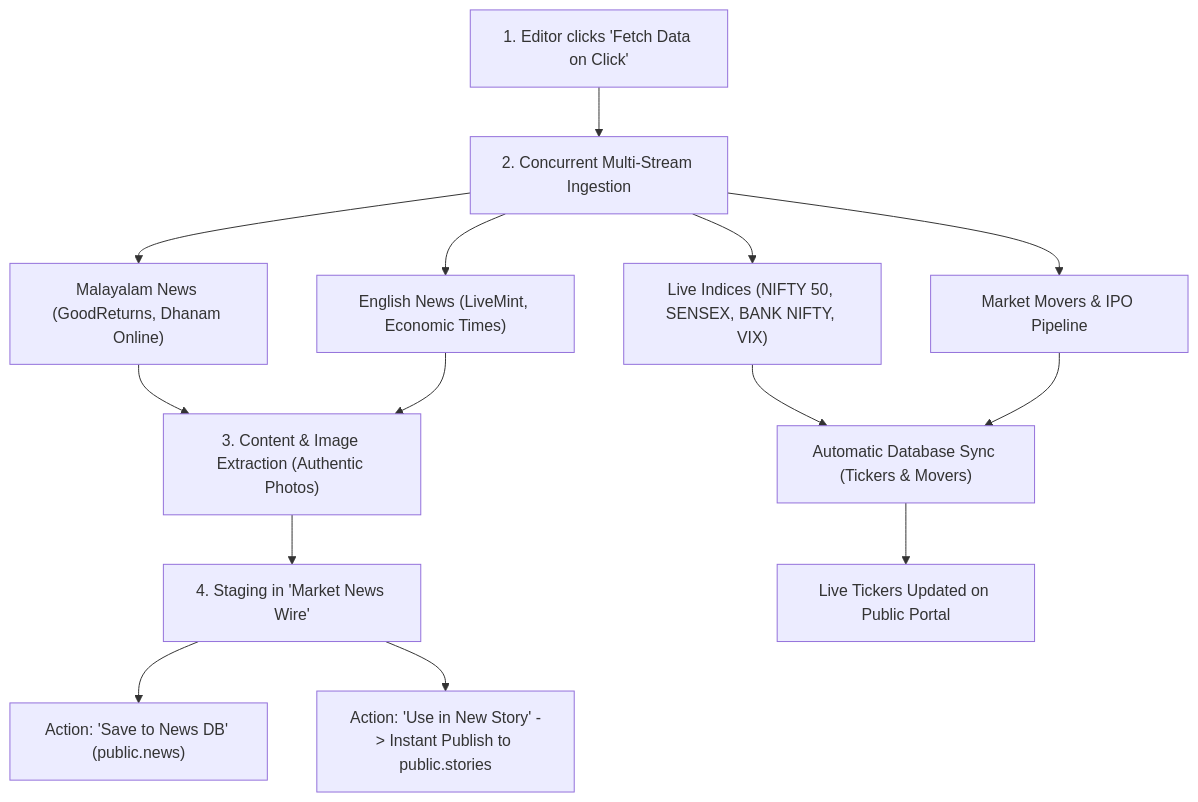
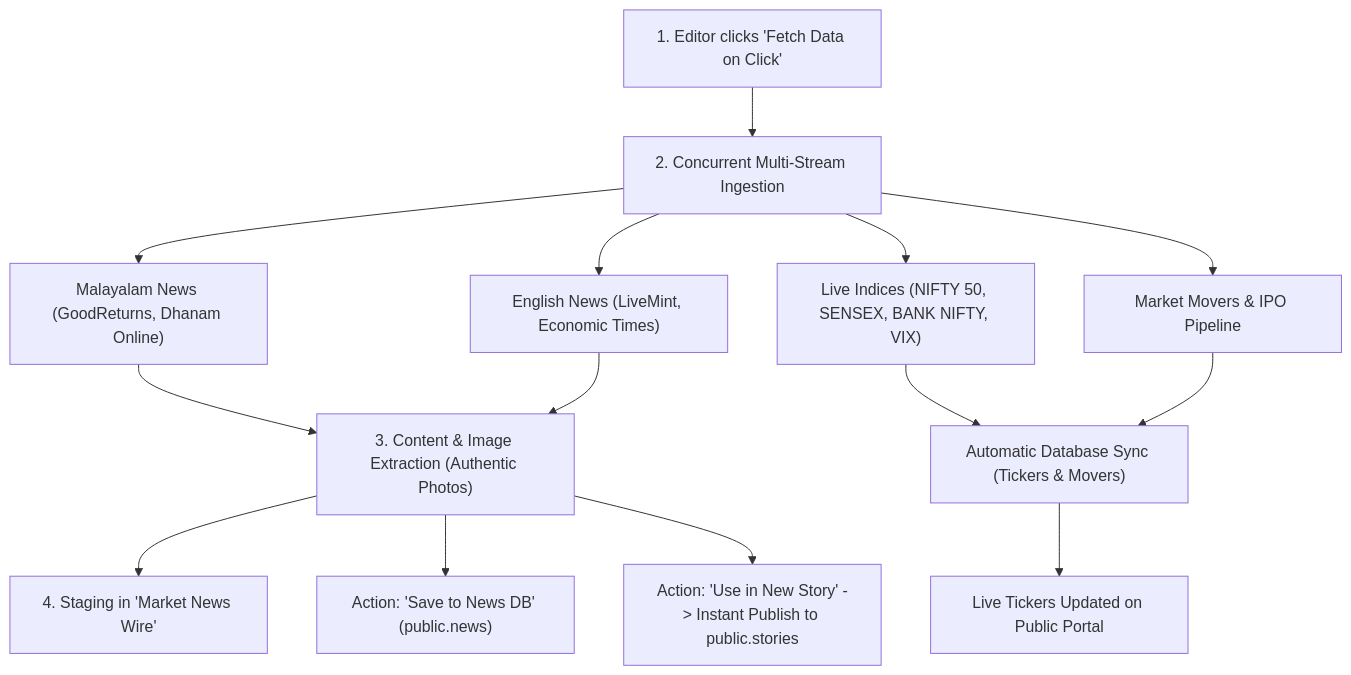
The diagram in README.md (sudharsankn/financial-editorial-portal), drawn with Mermaid before and after one commit. The commit also changed other lines of this file and 5 other files, not shown here.

````diff
--- a/README.md
+++ b/README.md
@@ -114,19 +417,19 @@
 ```mermaid
 flowchart TD
     A["1. Editor clicks 'Fetch Data on Click'"] --> B["2. Concurrent Multi-Stream Ingestion"]
     B --> C1["Malayalam News (GoodReturns, Dhanam Online)"]
     B --> C2["English News (LiveMint, Economic Times)"]
     B --> C3["Live Indices (NIFTY 50, SENSEX, BANK NIFTY, VIX)"]
     B --> C4["Market Movers & IPO Pipeline"]
     
     C1 --> D["3. Content & Image Extraction (Authentic Photos)"]
     C2 --> D
     C3 --> E["Automatic Database Sync (Tickers & Movers)"]
     C4 --> E
     
     D --> F["4. Staging in 'Market News Wire'"]
     E --> G["Live Tickers Updated on Public Portal"]
     
-    F --> H1["Action: 'Save to News DB' (public.news)"]
-    F --> H2["Action: 'Use in New Story' -> Instant Publish to public.stories"]
+    D --> H1["Action: 'Save to News DB' (public.news)"]
+    D --> H2["Action: 'Use in New Story' -> Instant Publish to public.stories"]
 ```
````
